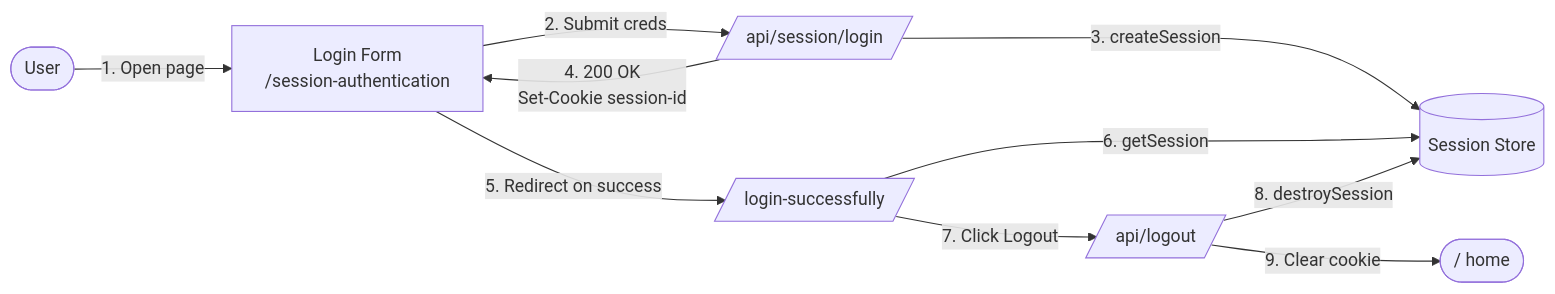
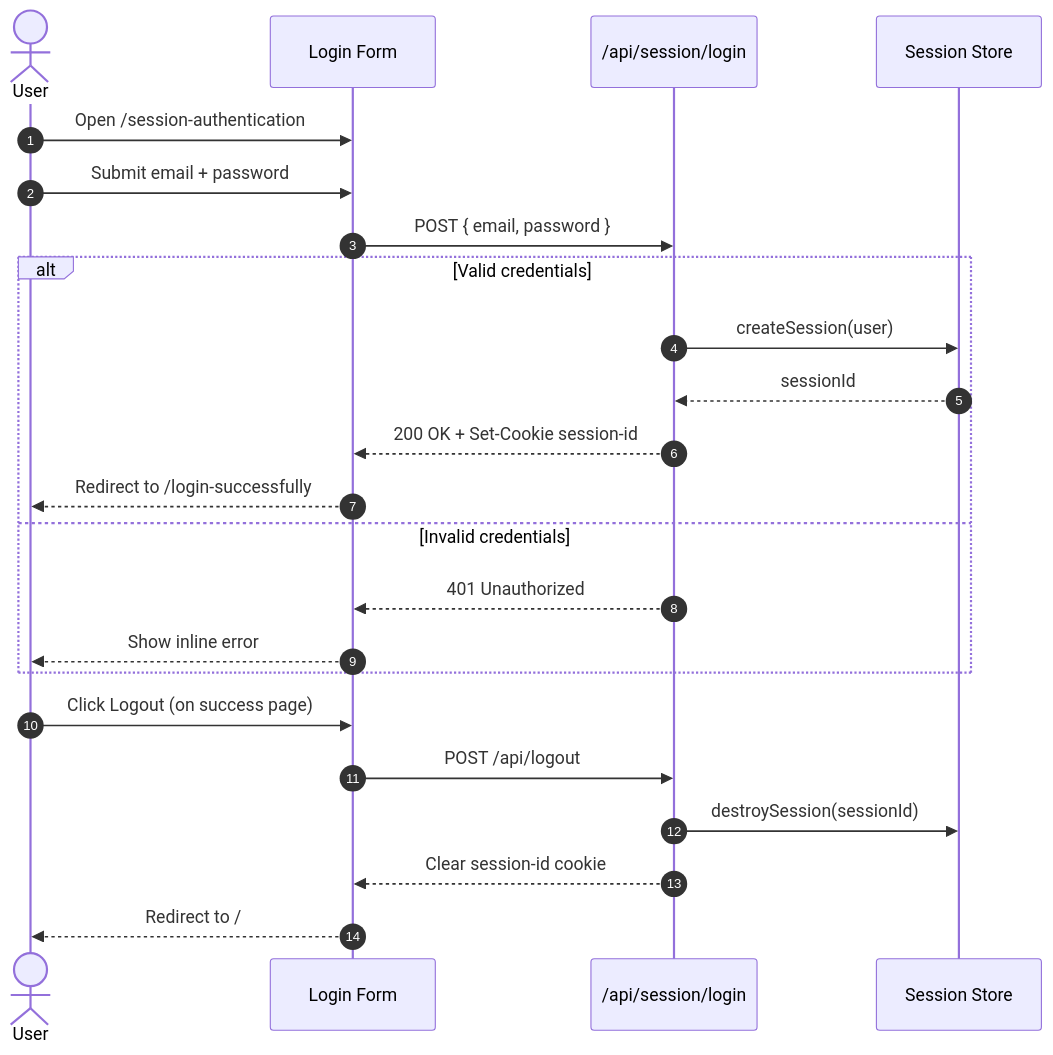
One commit to AQuoc98/authentication-flow changed the second of 3 diagrams in flow-description.md. Above: the diagram before and after it, drawn with Mermaid. The commit also changed other lines of this file and 9 other files, not shown here.

Commit message:
feat: implement token-based authentication flow with login, logout, and user verification

````diff
--- a/flow-description.md
+++ b/flow-description.md
@@ -218,12 +232,28 @@
 ```mermaid
-flowchart LR
-    U([User]) -->|1. Open page| F[Login Form<br/>/session-authentication]
-    F -->|2. Submit creds| API[/api/session/login/]
-    API -->|3. createSession| S[(Session Store)]
-    API -->|4. 200 OK<br/>Set-Cookie session-id| F
-    F -->|5. Redirect on success| P[/login-successfully/]
-    P -->|6. getSession| S
-    P -->|7. Click Logout| OUT[/api/logout/]
-    OUT -->|8. destroySession| S
-    OUT -->|9. Clear cookie| H([/ home])
+sequenceDiagram
+    autonumber
+    actor User
+    participant Form as Login Form
+    participant API as /api/session/login
+    participant Store as Session Store
+
+    User->>Form: Open /session-authentication
+    User->>Form: Submit email + password
+    Form->>API: POST { email, password }
+
+    alt Valid credentials
+        API->>Store: createSession(user)
+        Store-->>API: sessionId
+        API-->>Form: 200 OK + Set-Cookie session-id
+        Form-->>User: Redirect to /login-successfully
+    else Invalid credentials
+        API-->>Form: 401 Unauthorized
+        Form-->>User: Show inline error
+    end
+
+    User->>Form: Click Logout (on success page)
+    Form->>API: POST /api/logout
+    API->>Store: destroySession(sessionId)
+    API-->>Form: Clear session-id cookie
+    Form-->>User: Redirect to /
 ```
````
